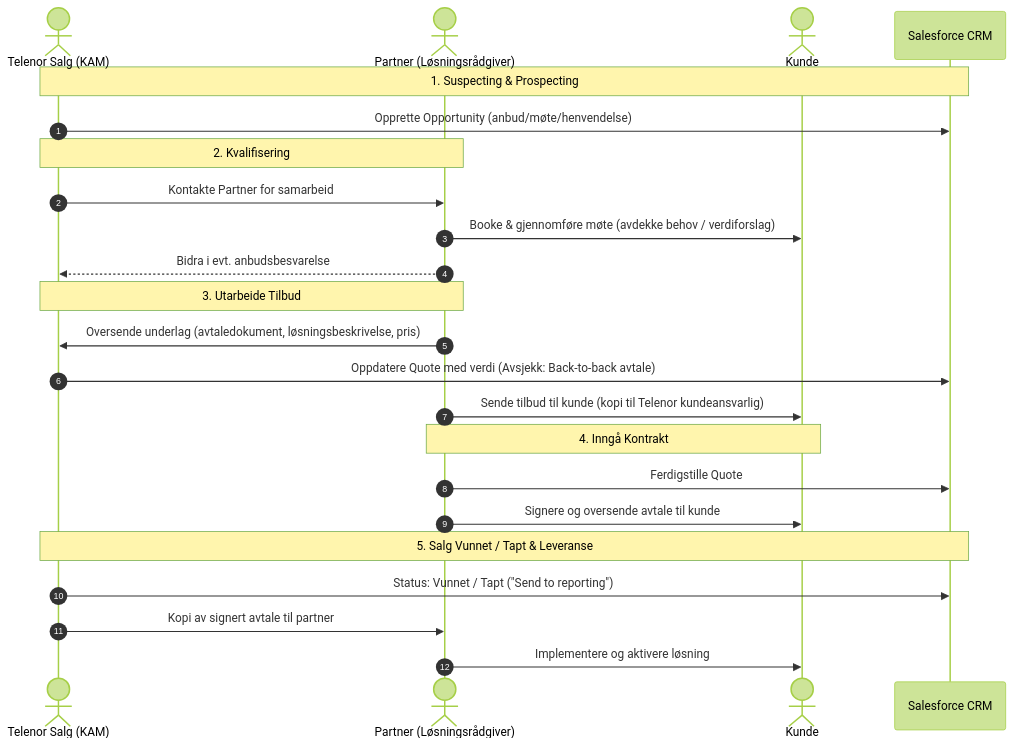
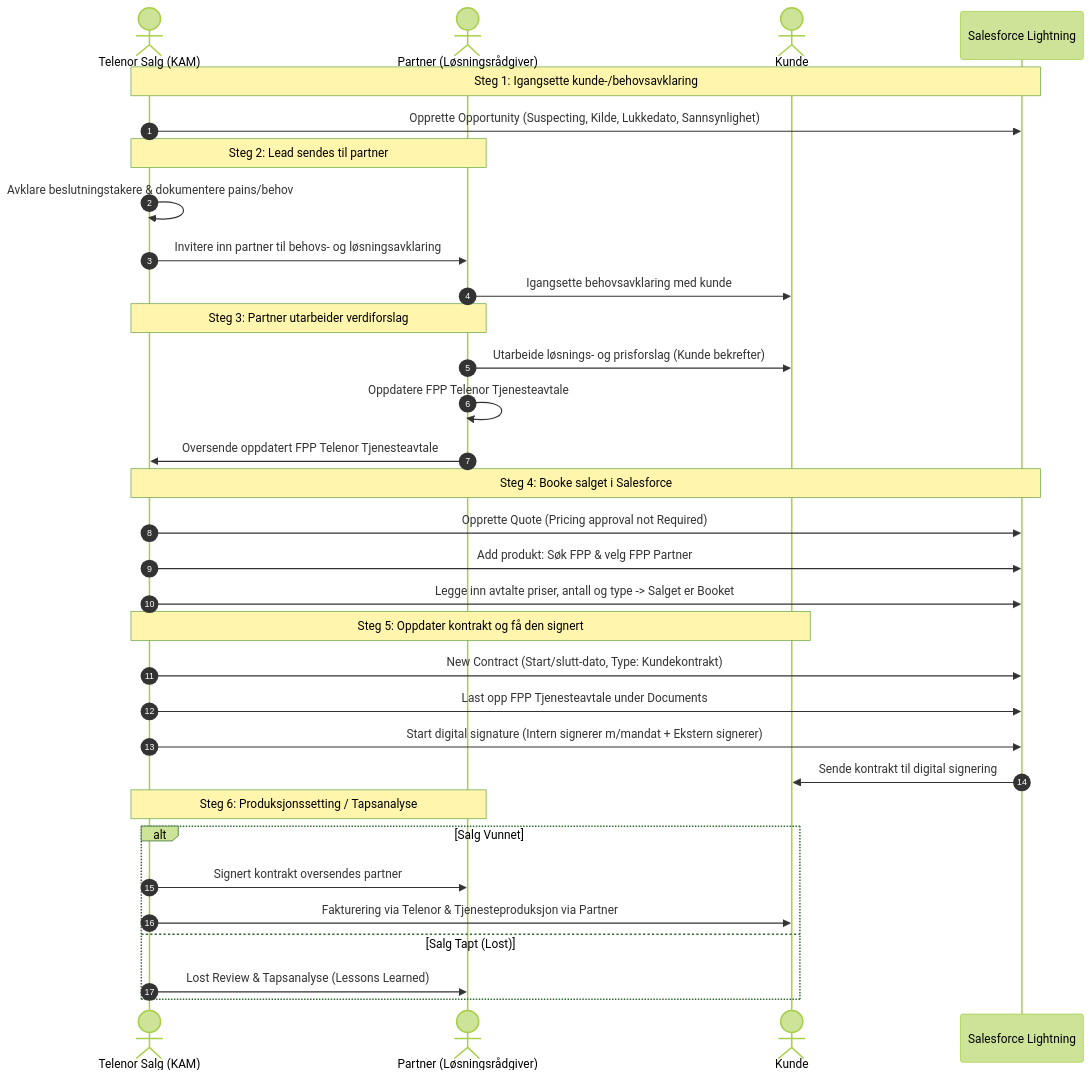
The diagram in Salgsprosessen/prosessen.md (t346910/Partner_New_Deal), drawn with Mermaid (forest theme) before and after one commit. The commit also changed other lines of this file and 2 other files, not shown here.

Commit message:
Oppdater prosess og web-portal med 6-stegs Salesforce klikkvei, FPP produktvelger, digital signering og Guidance fra 07.09.26 matrise

````diff
--- a/Salgsprosessen/prosessen.md
+++ b/Salgsprosessen/prosessen.md
@@ -20,30 +22,40 @@
 ```mermaid
 sequenceDiagram
     autonumber
     actor T as Telenor Salg (KAM)
     actor P as Partner (Løsningsrådgiver)
     actor K as Kunde
-    participant SF as Salesforce CRM
+    participant SF as Salesforce Lightning
 
-    Note over T,SF: 1. Suspecting & Prospecting
-    T->>SF: Opprette Opportunity (anbud/møte/henvendelse)
-    
-    Note over T,P: 2. Kvalifisering
-    T->>P: Kontakte Partner for samarbeid
-    P->>K: Booke & gjennomføre møte (avdekke behov / verdiforslag)
-    P-->>T: Bidra i evt. anbudsbesvarelse
+    Note over T,SF: Steg 1: Igangsette kunde-/behovsavklaring
+    T->>SF: Opprette Opportunity (Suspecting, Kilde, Lukkedato, Sannsynlighet)
 
-    Note over T,P: 3. Utarbeide Tilbud
-    P->>T: Oversende underlag (avtaledokument, løsningsbeskrivelse, pris)
-    T->>SF: Oppdatere Quote med verdi (Avsjekk: Back-to-back avtale)
-    P->>K: Sende tilbud til kunde (kopi til Telenor kundeansvarlig)
+    Note over T,P: Steg 2: Lead sendes til partner
+    T->>T: Avklare beslutningstakere & dokumentere pains/behov
+    T->>P: Invitere inn partner til behovs- og løsningsavklaring
+    P->>K: Igangsette behovsavklaring med kunde
 
-    Note over P,K: 4. Inngå Kontrakt
-    P->>SF: Ferdigstille Quote
-    P->>K: Signere og oversende avtale til kunde
+    Note over P,T: Steg 3: Partner utarbeider verdiforslag
+    P->>K: Utarbeide løsnings- og prisforslag (Kunde bekrefter)
+    P->>P: Oppdatere FPP Telenor Tjenesteavtale
+    P->>T: Oversende oppdatert FPP Telenor Tjenesteavtale
 
-    Note over T,SF: 5. Salg Vunnet / Tapt & Leveranse
-    T->>SF: Status: Vunnet / Tapt ("Send to reporting")
-    T->>P: Kopi av signert avtale til partner
-    P->>K: Implementere og aktivere løsning
+    Note over T,SF: Steg 4: Booke salget i Salesforce
+    T->>SF: Opprette Quote (Pricing approval not Required)
+    T->>SF: Add produkt: Søk FPP & velg FPP Partner
+    T->>SF: Legge inn avtalte priser, antall og type -> Salget er Booket
+
+    Note over T,K: Steg 5: Oppdater kontrakt og få den signert
+    T->>SF: New Contract (Start/slutt-dato, Type: Kundekontrakt)
+    T->>SF: Last opp FPP Tjenesteavtale under Documents
+    T->>SF: Start digital signature (Intern signerer m/mandat + Ekstern signerer)
+    SF->>K: Sende kontrakt til digital signering
+
+    Note over T,P: Steg 6: Produksjonssetting / Tapsanalyse
+    alt Salg Vunnet
+        T->>P: Signert kontrakt oversendes partner
+        T->>K: Fakturering via Telenor & Tjenesteproduksjon via Partner
+    else Salg Tapt (Lost)
+        T->>P: Lost Review & Tapsanalyse (Lessons Learned)
+    end
 ```
````
